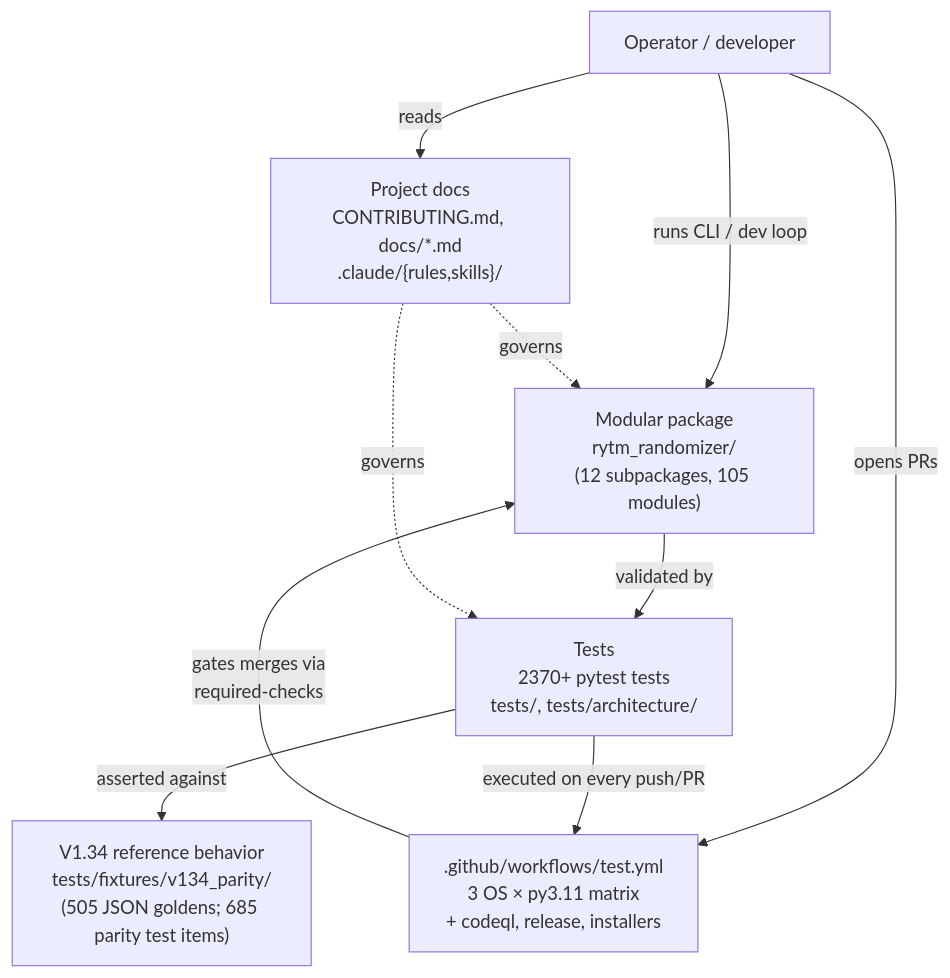
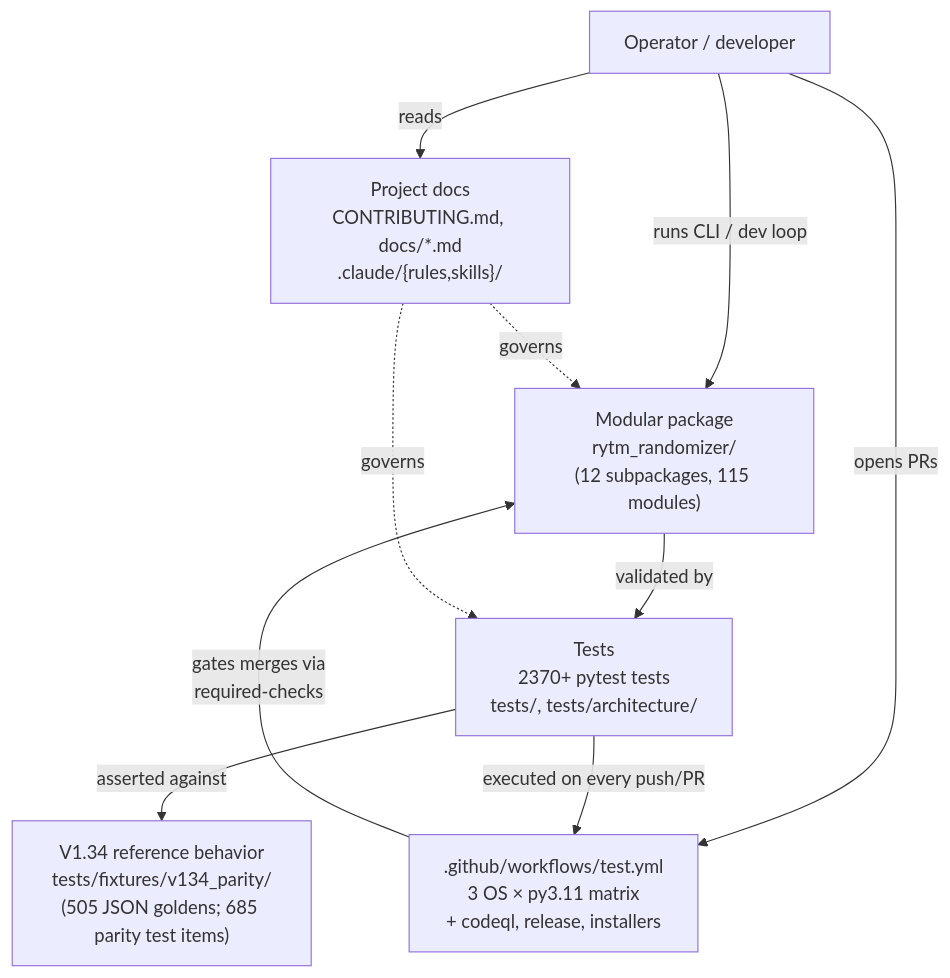
One commit to buzzijose-hub/RytmRandomizer changed the first of 26 diagrams in docs/ARCHITECTURE_DIAGRAMS.md. Above: the diagram before and after it, drawn with Mermaid. The commit also changed other lines of this file and 42 other files, not shown here.

````diff
--- a/docs/ARCHITECTURE_DIAGRAMS.md
+++ b/docs/ARCHITECTURE_DIAGRAMS.md
@@ -47,22 +47,22 @@
 ```mermaid
 flowchart TB
     User["Operator / developer"]
     V134["V1.34 reference behavior<br/>tests/fixtures/v134_parity/<br/>(505 JSON goldens; 685 parity test items)"]
-    Package["Modular package<br/>rytm_randomizer/<br/>(12 subpackages, 105 modules)"]
+    Package["Modular package<br/>rytm_randomizer/<br/>(12 subpackages, 115 modules)"]
     Tests["Tests<br/>2370+ pytest tests<br/>tests/, tests/architecture/"]
     CI[".github/workflows/test.yml<br/>3 OS × py3.11 matrix<br/>+ codeql, release, installers"]
     Docs["Project docs<br/>CONTRIBUTING.md, docs/*.md<br/>.claude/{rules,skills}/"]
 
     User -->|"runs CLI / dev loop"| Package
     User -->|"opens PRs"| CI
     User -->|"reads"| Docs
 
     Package -->|"validated by"| Tests
     Tests -->|"asserted against"| V134
     Tests -->|"executed on every push/PR"| CI
 
     CI -->|"gates merges via<br/>required-checks"| Package
 
     Docs -.->|"governs"| Package
     Docs -.->|"governs"| Tests
 ```
````
